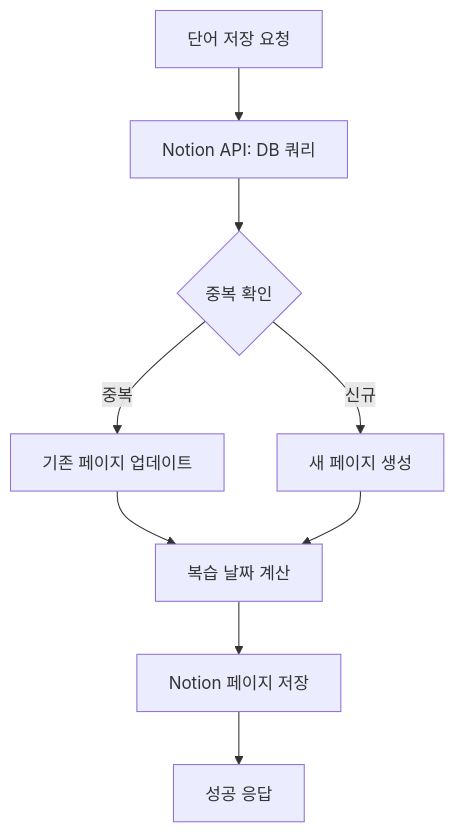
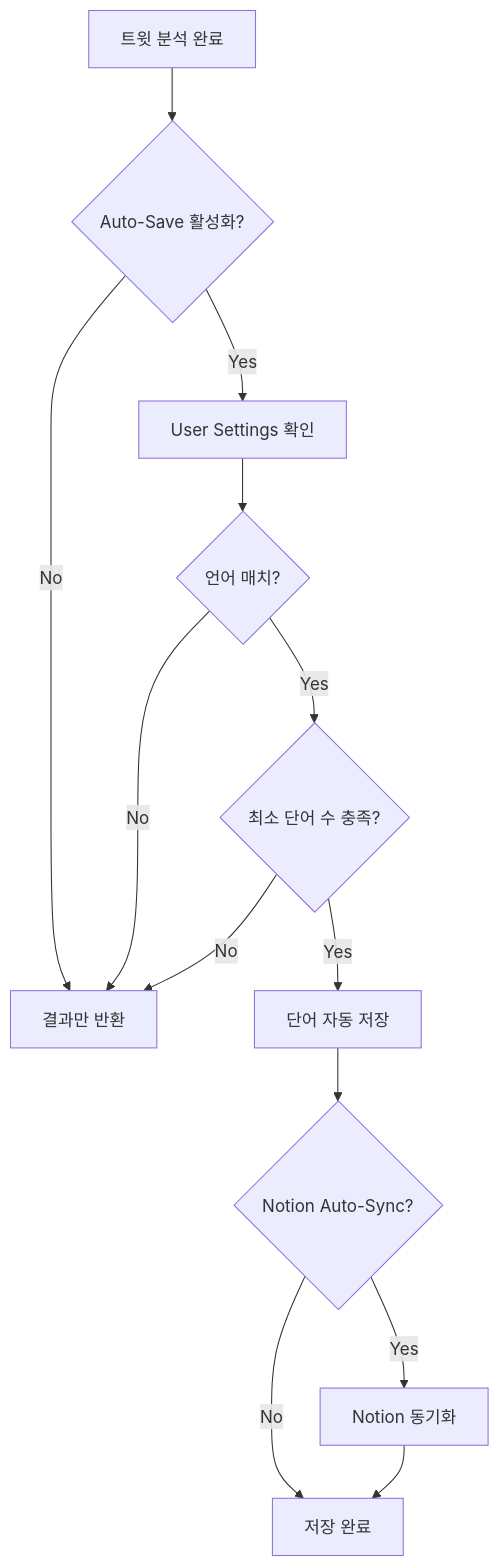
Before and after one commit to wrtn-edu-swu-bootcamp/project_16: the ninth of 10 diagrams in docs/서비스_기획안.md, drawn with Mermaid. The commit also changed other lines of this file and 2 other files, not shown here.

````diff
--- a/docs/서비스_기획안.md
+++ b/docs/서비스_기획안.md
@@ -414,11 +547,15 @@
 ```mermaid
-flowchart TD
-    A[단어 저장 요청] --> B[Notion API: DB 쿼리]
-    B --> C{중복 확인}
-    C -->|중복| D[기존 페이지 업데이트]
-    C -->|신규| E[새 페이지 생성]
-    D --> F[복습 날짜 계산]
-    E --> F
-    F --> G[Notion 페이지 저장]
-    G --> H[성공 응답]
+graph TD
+    A[트윗 분석 완료] --> B{Auto-Save 활성화?}
+    B -->|No| C[결과만 반환]
+    B -->|Yes| D[User Settings 확인]
+    D --> E{언어 매치?}
+    E -->|No| C
+    E -->|Yes| F{최소 단어 수 충족?}
+    F -->|No| C
+    F -->|Yes| G[단어 자동 저장]
+    G --> H{Notion Auto-Sync?}
+    H -->|Yes| I[Notion 동기화]
+    H -->|No| J[저장 완료]
+    I --> J
 ```
````
